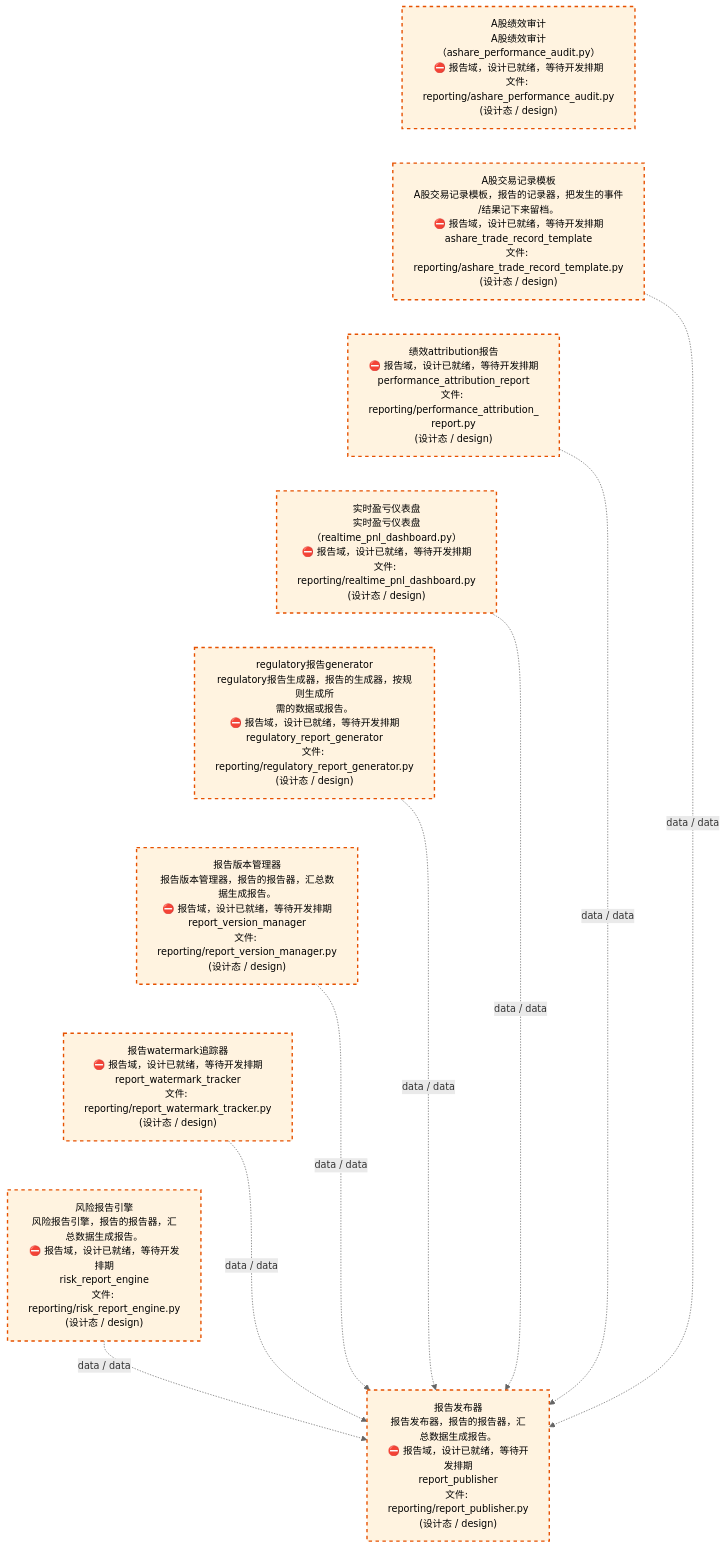
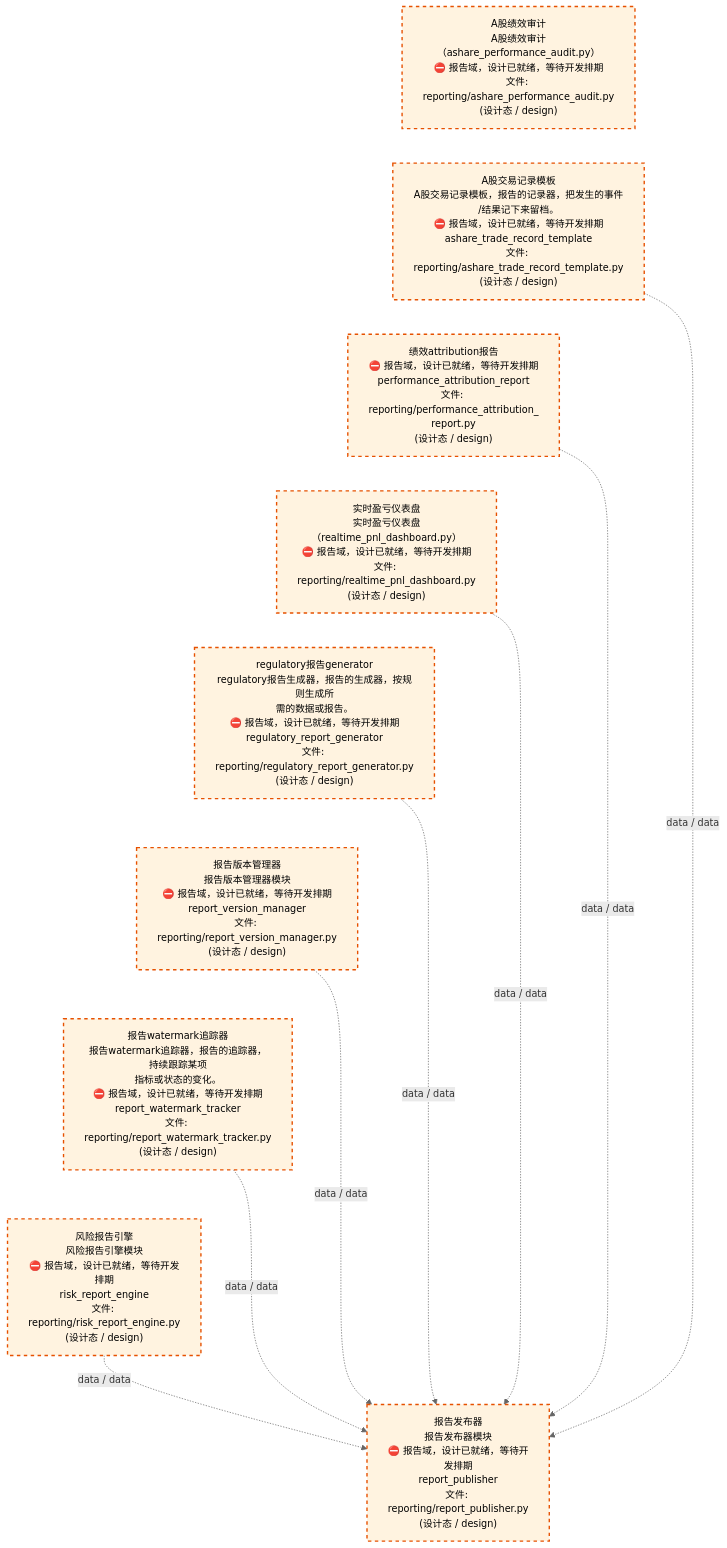
One commit to xuanFelixVan/ZephyrAlpha changed the third of 4 diagrams in docs/02_enterprise_architecture/02_domain_architecture_docs/26_d_reporting.md. Above: the diagram before and after it, drawn with Mermaid. The commit also changed other lines of this file and 58 other files, not shown here.

````diff
--- a/docs/02_enterprise_architecture/02_domain_architecture_docs/26_d_reporting.md
+++ b/docs/02_enterprise_architecture/02_domain_architecture_docs/26_d_reporting.md
@@ -137,32 +137,32 @@
 ```mermaid
 %%{init: {'theme': 'base', 'themeVariables': {'primaryColor': '#eaeaea', 'primaryTextColor': '#333333', 'primaryBorderColor': '#666666', 'lineColor': '#666666', 'secondaryColor': '#eaeaea', 'tertiaryColor': '#eaeaea', 'fontSize': '14px'}}}%%
 flowchart TD
     src_zephyr_reporting_ashare_performance_audit_py["A股绩效审计<br/>A股绩效审计（ashare_performance_audit.py）<br/>⛔ 报告域，设计已就绪，等待开发排期<br/>文件: reporting/ashare_performance_audit.py<br/>(设计态 / design)"]
     src_zephyr_reporting_ashare_trade_record_template_py["A股交易记录模板<br/>A股交易记录模板，报告的记录器，把发生的事件<br/>/结果记下来留档。<br/>⛔ 报告域，设计已就绪，等待开发排期<br/>ashare_trade_record_template<br/>文件: reporting/ashare_trade_record_template.py<br/>(设计态 / design)"]
     src_zephyr_reporting_performance_attribution_report_py["绩效attribution报告<br/>⛔ 报告域，设计已就绪，等待开发排期<br/>performance_attribution_report<br/>文件: reporting/performance_attribution_<br/>report.py<br/>(设计态 / design)"]
     src_zephyr_reporting_realtime_pnl_dashboard_py["实时盈亏仪表盘<br/>实时盈亏仪表盘（realtime_pnl_dashboard.py）<br/>⛔ 报告域，设计已就绪，等待开发排期<br/>文件: reporting/realtime_pnl_dashboard.py<br/>(设计态 / design)"]
     src_zephyr_reporting_regulatory_report_generator_py["regulatory报告generator<br/>regulatory报告生成器，报告的生成器，按规则生成所<br/>需的数据或报告。<br/>⛔ 报告域，设计已就绪，等待开发排期<br/>regulatory_report_generator<br/>文件: reporting/regulatory_report_generator.py<br/>(设计态 / design)"]
-    src_zephyr_reporting_report_version_manager_py["报告版本管理器<br/>报告版本管理器，报告的报告器，汇总数据生成报告。<br/>⛔ 报告域，设计已就绪，等待开发排期<br/>report_version_manager<br/>文件: reporting/report_version_manager.py<br/>(设计态 / design)"]
-    src_zephyr_reporting_report_watermark_tracker_py["报告watermark追踪器<br/>⛔ 报告域，设计已就绪，等待开发排期<br/>report_watermark_tracker<br/>文件: reporting/report_watermark_tracker.py<br/>(设计态 / design)"]
-    src_zephyr_reporting_risk_report_engine_py["风险报告引擎<br/>风险报告引擎，报告的报告器，汇总数据生成报告。<br/>⛔ 报告域，设计已就绪，等待开发排期<br/>risk_report_engine<br/>文件: reporting/risk_report_engine.py<br/>(设计态 / design)"]
+    src_zephyr_reporting_report_version_manager_py["报告版本管理器<br/>报告版本管理器模块<br/>⛔ 报告域，设计已就绪，等待开发排期<br/>report_version_manager<br/>文件: reporting/report_version_manager.py<br/>(设计态 / design)"]
+    src_zephyr_reporting_report_watermark_tracker_py["报告watermark追踪器<br/>报告watermark追踪器，报告的追踪器，持续跟踪某项<br/>指标或状态的变化。<br/>⛔ 报告域，设计已就绪，等待开发排期<br/>report_watermark_tracker<br/>文件: reporting/report_watermark_tracker.py<br/>(设计态 / design)"]
+    src_zephyr_reporting_risk_report_engine_py["风险报告引擎<br/>风险报告引擎模块<br/>⛔ 报告域，设计已就绪，等待开发排期<br/>risk_report_engine<br/>文件: reporting/risk_report_engine.py<br/>(设计态 / design)"]
     src_zephyr_reporting_ashare_performance_audit_py ~~~ src_zephyr_reporting_ashare_trade_record_template_py
     src_zephyr_reporting_ashare_trade_record_template_py ~~~ src_zephyr_reporting_performance_attribution_report_py
     src_zephyr_reporting_performance_attribution_report_py ~~~ src_zephyr_reporting_realtime_pnl_dashboard_py
     src_zephyr_reporting_realtime_pnl_dashboard_py ~~~ src_zephyr_reporting_regulatory_report_generator_py
     src_zephyr_reporting_regulatory_report_generator_py ~~~ src_zephyr_reporting_report_version_manager_py
     src_zephyr_reporting_report_version_manager_py ~~~ src_zephyr_reporting_report_watermark_tracker_py
     src_zephyr_reporting_report_watermark_tracker_py ~~~ src_zephyr_reporting_risk_report_engine_py
-    src_zephyr_reporting_report_publisher_py["报告发布器<br/>报告发布器，报告的报告器，汇总数据生成报告。<br/>⛔ 报告域，设计已就绪，等待开发排期<br/>report_publisher<br/>文件: reporting/report_publisher.py<br/>(设计态 / design)"]
+    src_zephyr_reporting_report_publisher_py["报告发布器<br/>报告发布器模块<br/>⛔ 报告域，设计已就绪，等待开发排期<br/>report_publisher<br/>文件: reporting/report_publisher.py<br/>(设计态 / design)"]
     src_zephyr_reporting_ashare_trade_record_template_py -.->|data / data| src_zephyr_reporting_report_publisher_py
     src_zephyr_reporting_realtime_pnl_dashboard_py -.->|data / data| src_zephyr_reporting_report_publisher_py
     src_zephyr_reporting_regulatory_report_generator_py -.->|data / data| src_zephyr_reporting_report_publisher_py
     src_zephyr_reporting_risk_report_engine_py -.->|data / data| src_zephyr_reporting_report_publisher_py
     src_zephyr_reporting_report_version_manager_py -.->|data / data| src_zephyr_reporting_report_publisher_py
     src_zephyr_reporting_performance_attribution_report_py -.->|data / data| src_zephyr_reporting_report_publisher_py
     src_zephyr_reporting_report_watermark_tracker_py -.->|data / data| src_zephyr_reporting_report_publisher_py
     classDef production fill:#e1f5fe,stroke:#01579b,stroke-width:2px,color:#000
     classDef design fill:#fff3e0,stroke:#e65100,stroke-width:2px,color:#000,stroke-dasharray: 5 5
     classDef external_prod fill:#e8f4fd,stroke:#0277bd,stroke-width:1px,color:#000
     classDef external_design fill:#fff8e7,stroke:#ef6c00,stroke-width:1px,color:#000,stroke-dasharray: 5 5
     class src_zephyr_reporting_ashare_performance_audit_py,src_zephyr_reporting_ashare_trade_record_template_py,src_zephyr_reporting_performance_attribution_report_py,src_zephyr_reporting_realtime_pnl_dashboard_py,src_zephyr_reporting_regulatory_report_generator_py,src_zephyr_reporting_report_publisher_py,src_zephyr_reporting_report_version_manager_py,src_zephyr_reporting_report_watermark_tracker_py,src_zephyr_reporting_risk_report_engine_py design
 ```
````
